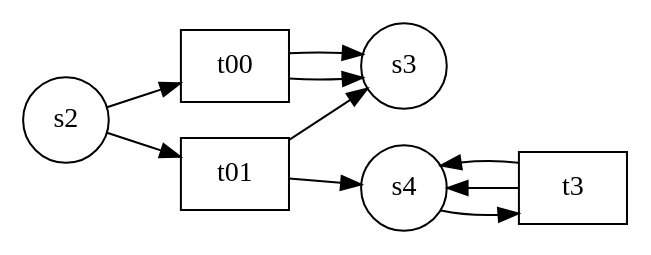
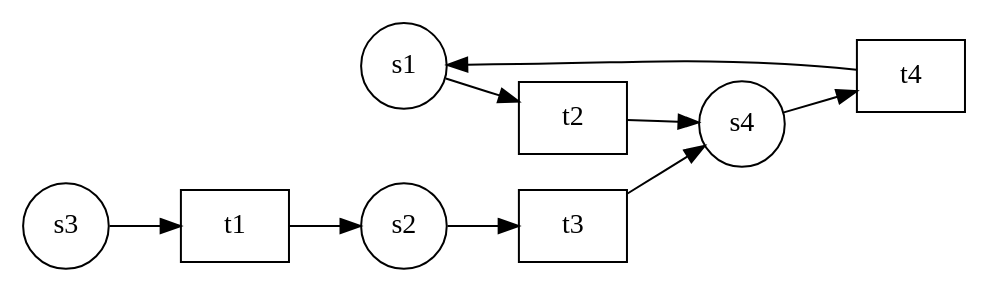
One commit to dnannen/reduction-of-petri-nets changed the diagram in Reduktionsalgorithmen/test.gv. Above: the diagram before and after it, drawn with Graphviz. The commit also changed 2 other files, not shown here.

```diff
--- a/Reduktionsalgorithmen/test.gv
+++ b/Reduktionsalgorithmen/test.gv
@@ -1,19 +1,20 @@
 digraph petrinet{
 node[shape=circle];
 rankdir=LR;
+"s1";
 "s2";
 "s3";
 "s4";
+"t1" [shape=box];
+"t2" [shape=box];
 "t3" [shape=box];
-"t00" [shape=box];
-"t01" [shape=box];
-"s2"->"t00"
-"s2"->"t01"
-"s4"->"t3"
+"t4" [shape=box];
+"s1"->"t2"
+"s2"->"t3"
+"s3"->"t1"
+"s4"->"t4"
+"t1"->"s2"
+"t2"->"s4"
 "t3"->"s4"
-"t3"->"s4"
-"t00"->"s3"
-"t00"->"s3"
-"t01"->"s3"
-"t01"->"s4"
+"t4"->"s1"
 }
```
